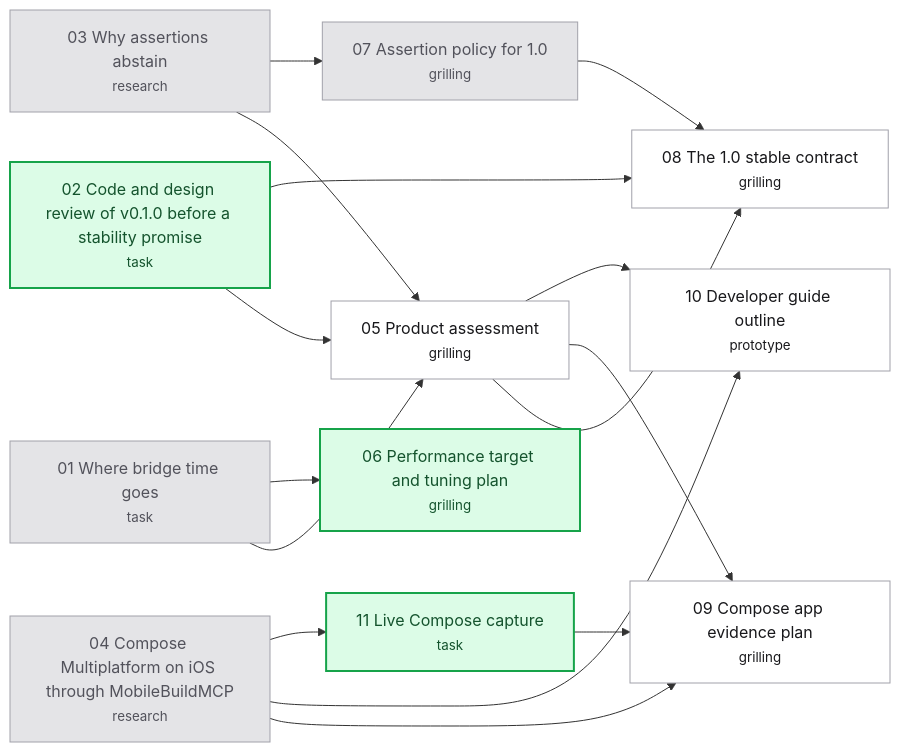
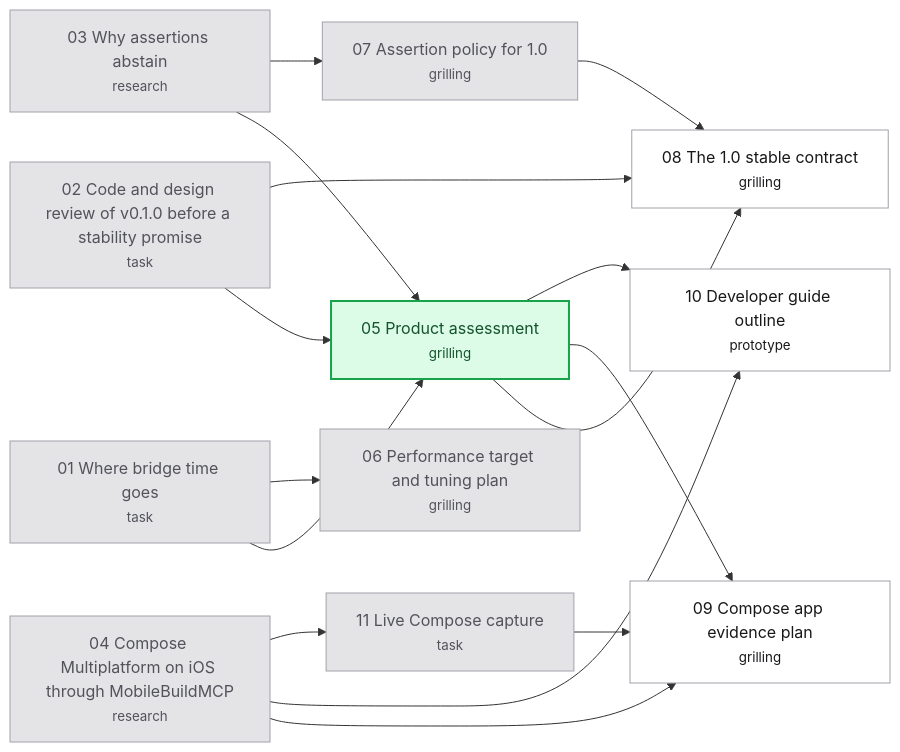
The diagram in .scratch/v1-release/map.md (hugues-vnsgn/jev-ios-bridge), drawn with Mermaid before and after one commit. The commit also changed other lines of this file and 40 other files, not shown here.

````diff
--- a/.scratch/v1-release/map.md
+++ b/.scratch/v1-release/map.md
@@ -41,35 +44,35 @@
 ```mermaid
 flowchart LR
     T01["01 Where bridge time goes<br/><small>task</small>"]
     T02["02 Code and design review of v0.1.0 before a stability promise<br/><small>task</small>"]
     T03["03 Why assertions abstain<br/><small>research</small>"]
     T04["04 Compose Multiplatform on iOS through MobileBuildMCP<br/><small>research</small>"]
     T05["05 Product assessment<br/><small>grilling</small>"]
     T06["06 Performance target and tuning plan<br/><small>grilling</small>"]
     T07["07 Assertion policy for 1.0<br/><small>grilling</small>"]
     T08["08 The 1.0 stable contract<br/><small>grilling</small>"]
     T09["09 Compose app evidence plan<br/><small>grilling</small>"]
     T10["10 Developer guide outline<br/><small>prototype</small>"]
     T11["11 Live Compose capture<br/><small>task</small>"]
     T01 --> T05
     T02 --> T05
     T03 --> T05
     T01 --> T06
     T03 --> T07
     T02 --> T08
     T05 --> T08
     T07 --> T08
     T04 --> T09
     T05 --> T09
     T11 --> T09
     T04 --> T10
     T05 --> T10
     T04 --> T11
     classDef resolved fill:#e4e4e7,stroke:#a1a1aa,color:#52525b
     classDef claimed fill:#dbeafe,stroke:#2563eb,color:#1e3a8a
     classDef frontier fill:#dcfce7,stroke:#16a34a,color:#14532d,stroke-width:2px
     classDef blocked fill:#ffffff,stroke:#a1a1aa,color:#18181b
-    class T01,T03,T04,T07 resolved
-    class T02,T06,T11 frontier
-    class T05,T08,T09,T10 blocked
+    class T01,T02,T03,T04,T06,T07,T11 resolved
+    class T05 frontier
+    class T08,T09,T10 blocked
 ```
````
